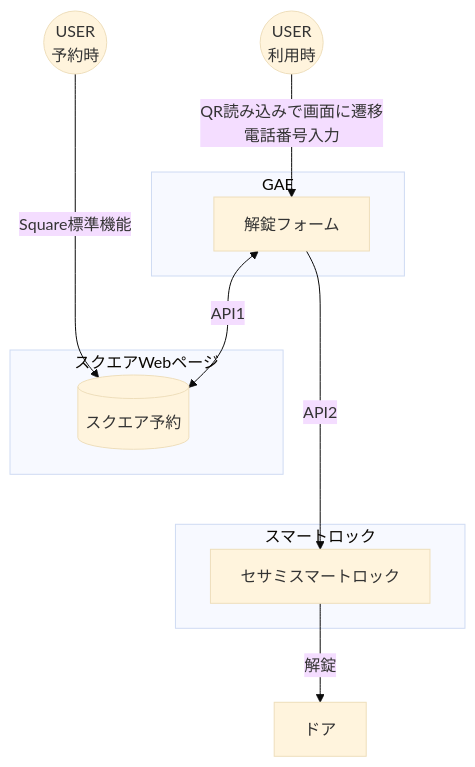
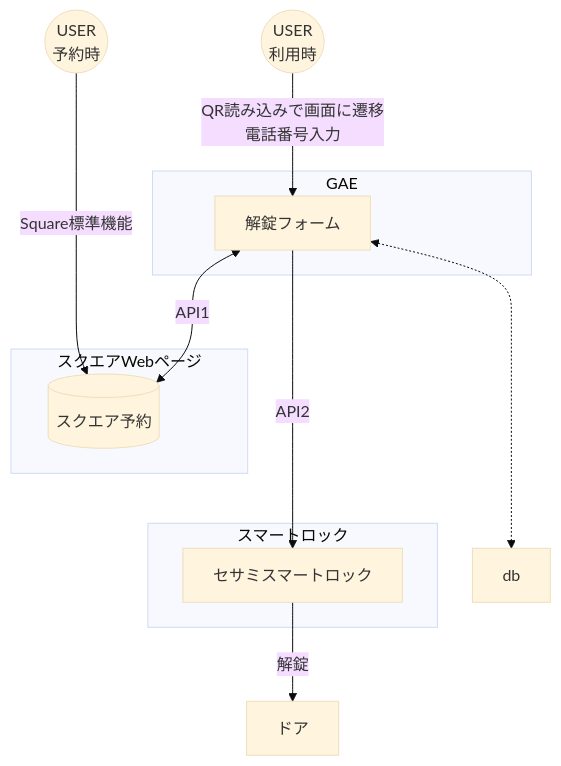
One commit to shoshishosaiyusuke/denforsomeone_public changed the first of 2 diagrams in README.md. Above: the diagram before and after it, drawn with Mermaid (base theme). The commit also changed other lines of this file, not shown here.

````diff
--- a/README.md
+++ b/README.md
@@ -130,40 +130,40 @@
 ```mermaid
 graph TB;
 
 %%ユーザは予約時と利用時で動線が異なるため定義を分ける
 u1(("USER</br>予約時"))
 u2(("USER</br>利用時"))
 
 %%スクエア標準の予約フォーム
 sqr[("スクエア予約")]
 
 %%スクエアのサービスは使わないが、埋込想定(iFrameのため"i")
 sqi["解錠フォーム"]
 
 
 %%セサミはスマートロックの製品名称、natureremoはIoT制御デバイス
 ses["セサミスマートロック"]
 
 door["ドア"]
 
 subgraph SQ[スクエアWebページ]
 sqr
 end
 
 subgraph CF["GAE"]
 sqi
 
 end 
 
 subgraph SL["スマートロック"]
 ses
 sqi<-->|"API1"|sqr
 end
 
 u1--->|"Square標準機能"|sqr
 u2-->|"QR読み込みで画面に遷移</br>電話番号入力"|sqi
 sqi--->|"API2"|ses
-
+sqi<-..->db
 ses-->|"解錠"|door
 
 ```
````
